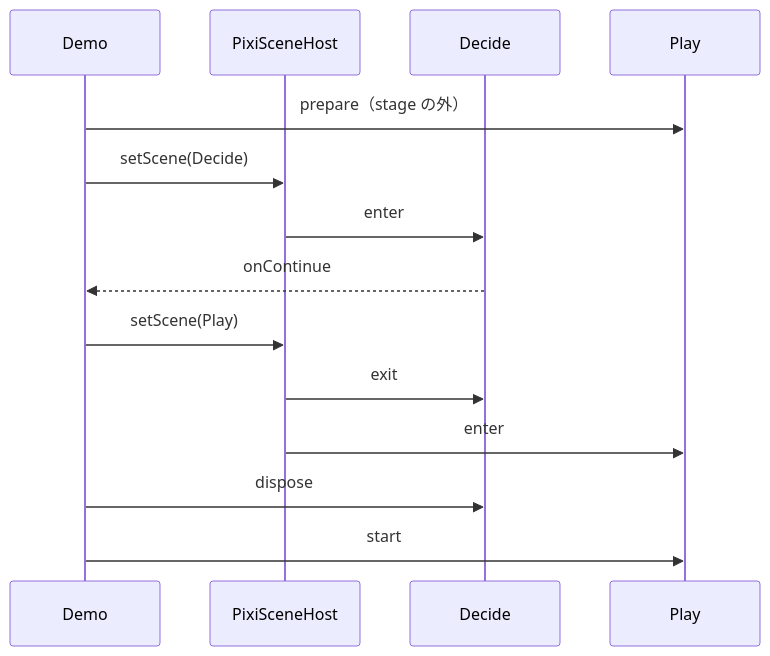
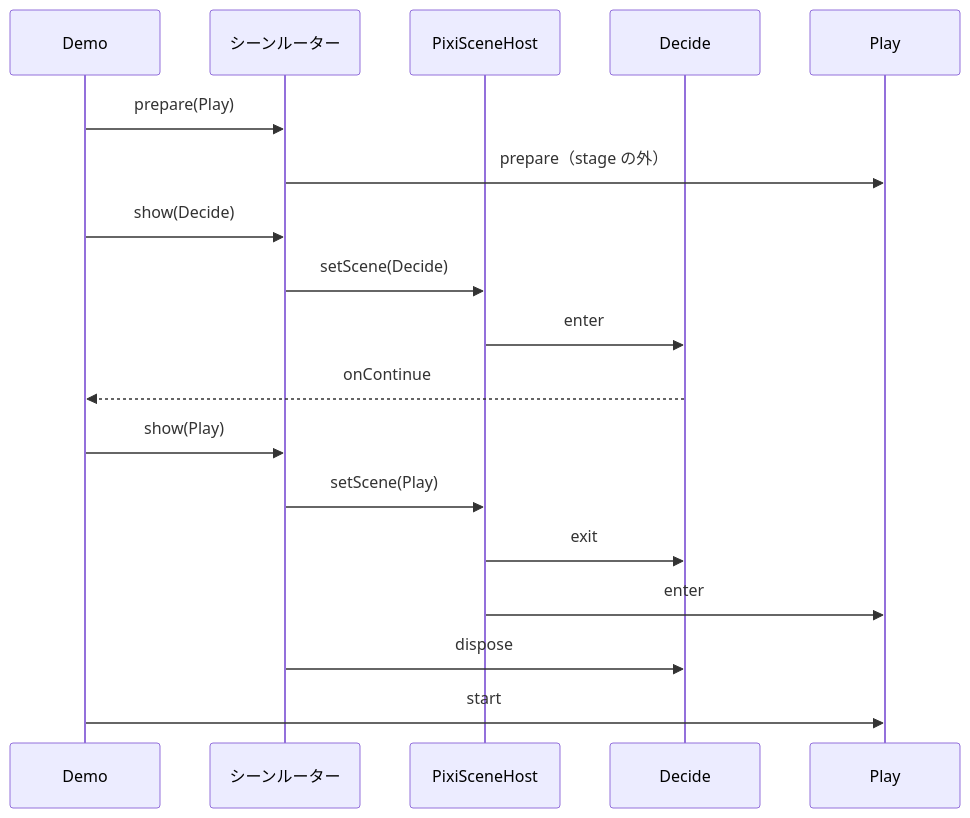
One commit to nulltask/be-music changed the fourth of 13 diagrams in docs/player-web.ja.md. Above: the diagram before and after it, drawn with Mermaid. The commit also changed other lines of this file and 5 other files, not shown here.

First line of the commit message:
docs: describe the demo's scene router in the scene lifecycle [ci skip]

````diff
--- a/docs/player-web.ja.md
+++ b/docs/player-web.ja.md
@@ -313,16 +315,20 @@
 ```mermaid
 sequenceDiagram
   participant Demo
+  participant Router as シーンルーター
   participant Host as PixiSceneHost
   participant Decide
   participant Play
-  Demo->>Play: prepare（stage の外）
-  Demo->>Host: setScene(Decide)
+  Demo->>Router: prepare(Play)
+  Router->>Play: prepare（stage の外）
+  Demo->>Router: show(Decide)
+  Router->>Host: setScene(Decide)
   Host->>Decide: enter
   Decide-->>Demo: onContinue
-  Demo->>Host: setScene(Play)
+  Demo->>Router: show(Play)
+  Router->>Host: setScene(Play)
   Host->>Decide: exit
   Host->>Play: enter
-  Demo->>Decide: dispose
+  Router->>Decide: dispose
   Demo->>Play: start
 ```
````
